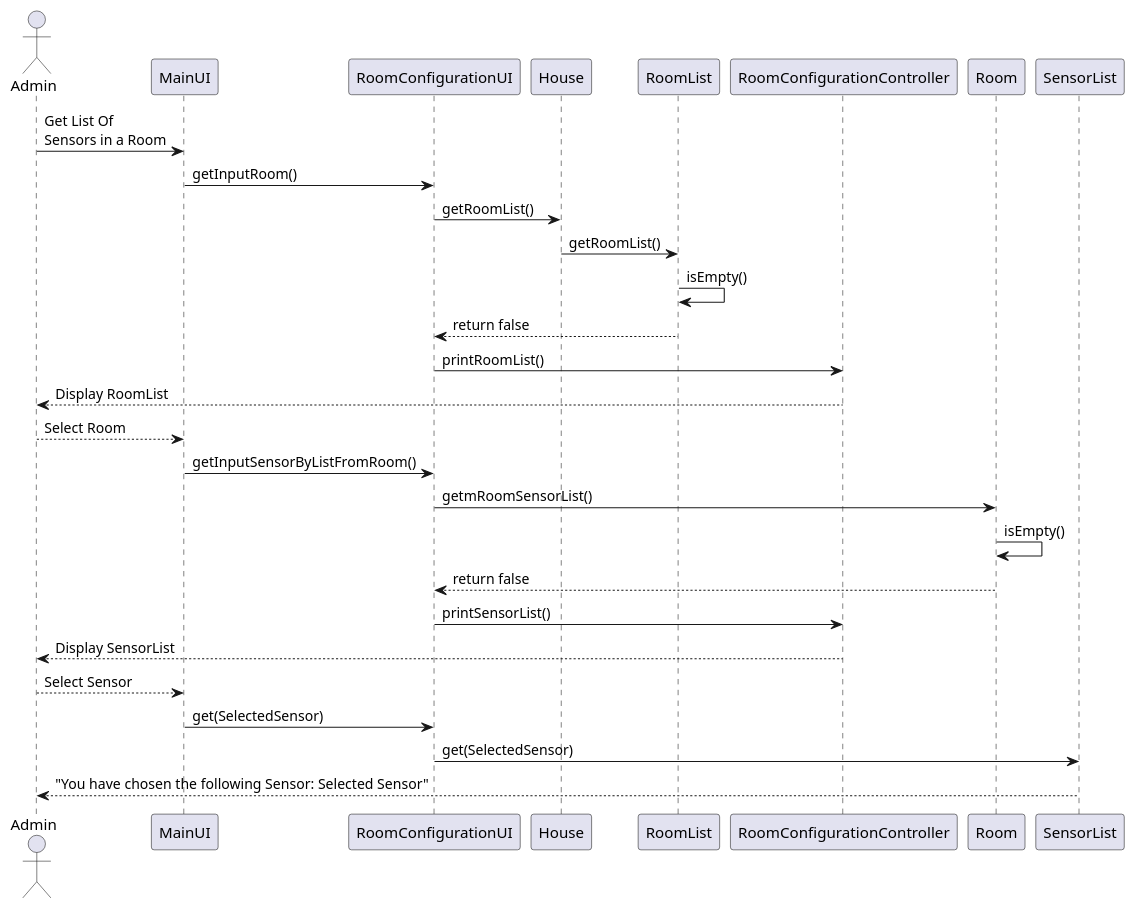
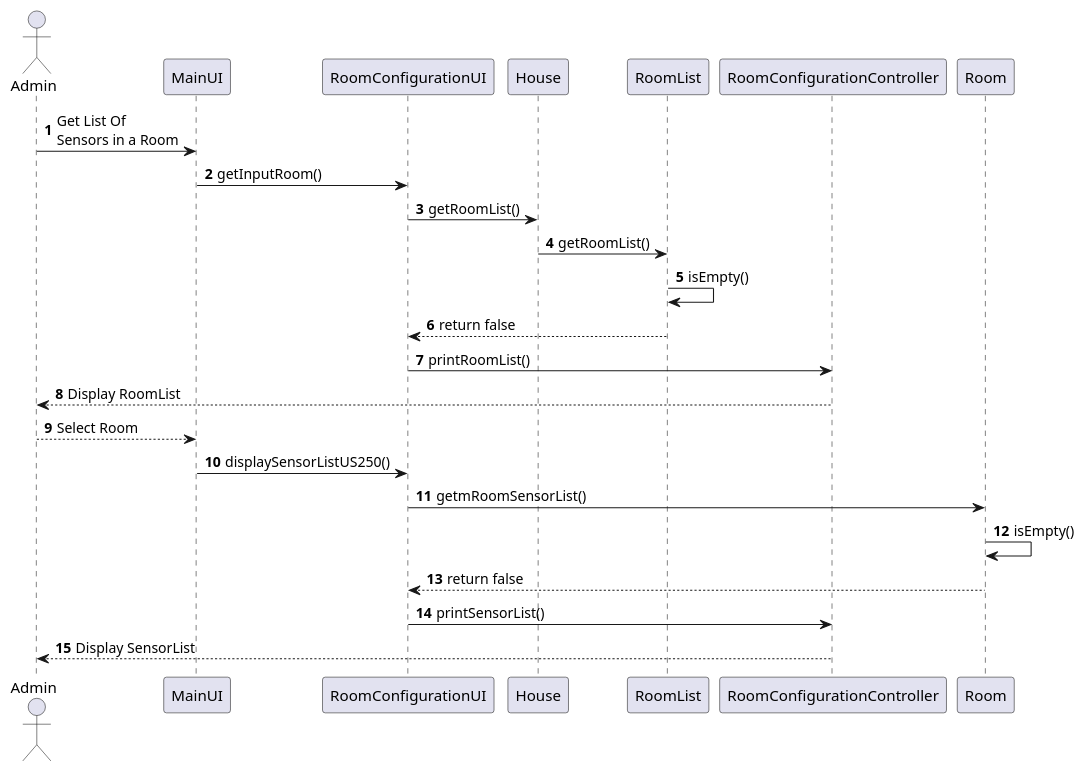
Before and after one commit to Almadanmp/project: the diagram in uml/US250.puml, drawn with PlantUML.

Commit message:
#64 - US250.puml - UML Sequence Diagram

```diff
--- a/uml/US250.puml
+++ b/uml/US250.puml
@@ -1,22 +1,19 @@
 @startuml
+autonumber
 actor Admin
 Admin -> MainUI: Get List Of\nSensors in a Room
 MainUI -> RoomConfigurationUI: getInputRoom()
 RoomConfigurationUI -> House: getRoomList()
 House -> RoomList: getRoomList()
 RoomList -> RoomList: isEmpty()
 RoomList --> RoomConfigurationUI: return false
 RoomConfigurationUI -> RoomConfigurationController: printRoomList()
 RoomConfigurationController --> Admin: Display RoomList
 Admin --> MainUI: Select Room
-MainUI -> RoomConfigurationUI: getInputSensorByListFromRoom()
+MainUI -> RoomConfigurationUI: displaySensorListUS250()
 RoomConfigurationUI -> Room : getmRoomSensorList()
 Room -> Room: isEmpty()
 Room --> RoomConfigurationUI: return false
 RoomConfigurationUI -> RoomConfigurationController: printSensorList()
 RoomConfigurationController --> Admin: Display SensorList
-Admin --> MainUI: Select Sensor
-MainUI -> RoomConfigurationUI: get(SelectedSensor)
-RoomConfigurationUI -> SensorList: get(SelectedSensor)
-SensorList --> Admin: "You have chosen the following Sensor: Selected Sensor"
 @enduml
```
